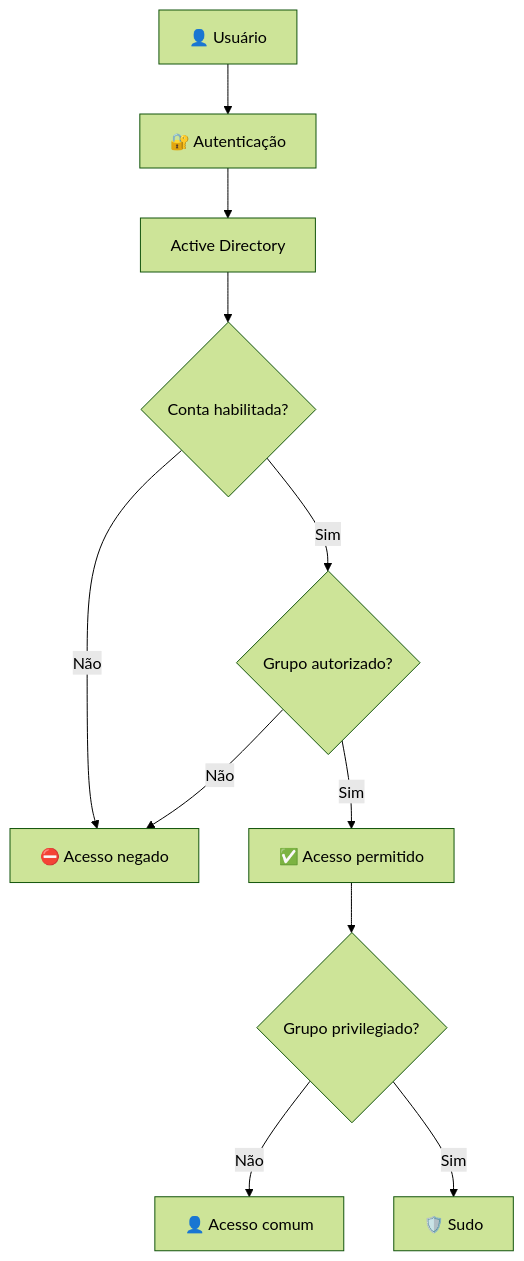
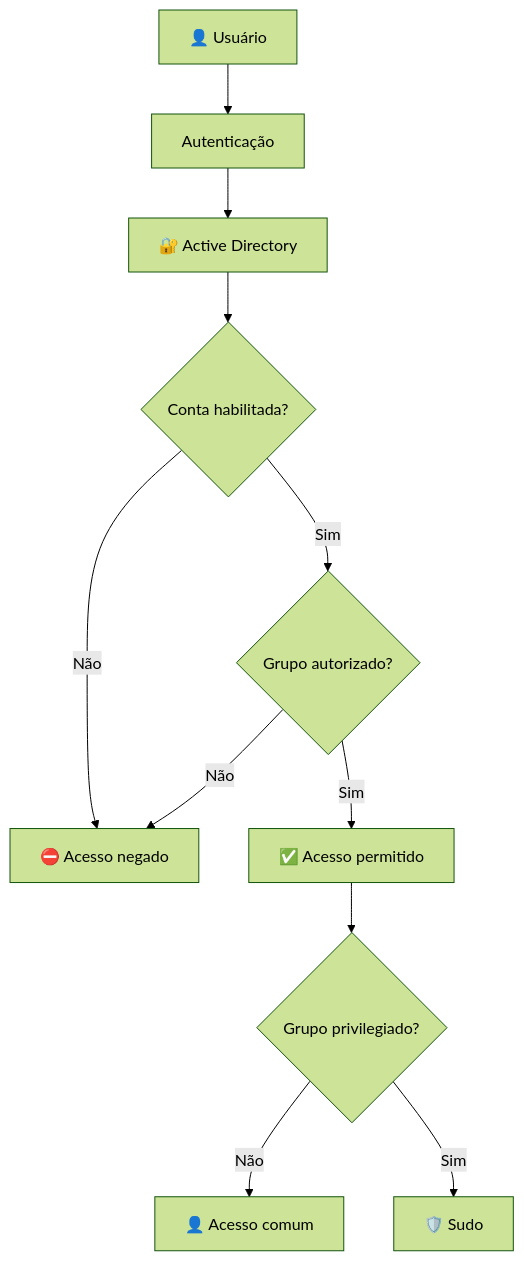
One commit to IsadoraVanderlan/active-directory-linux-integration-lab changed diagram 13 of 13 in README.md. Above: the diagram before and after it, drawn with Mermaid (forest theme). The commit also changed other lines of this file, not shown here.

````diff
--- a/README.md
+++ b/README.md
@@ -674,28 +757,18 @@
 ```mermaid
 flowchart TD
-    USER["👤 Usuário"]
-    AUTH["🔐 Autenticação"]
-    AD["Active Directory"]
-    ENABLED{"Conta habilitada?"}
-    GROUP{"Grupo autorizado?"}
-    ACCESS["✅ Acesso permitido"]
-    DENY["⛔ Acesso negado"]
-    PRIV{"Grupo privilegiado?"}
-    COMMON["👤 Acesso comum"]
-    SUDO["🛡️ Sudo"]
+    USER["👤 Usuário"] --> AUTH["Autenticação"]
+    AUTH --> AD["🔐 Active Directory"]
 
-    USER --> AUTH
-    AUTH --> AD
-    AD --> ENABLED
+    AD --> ENABLED{"Conta habilitada?"}
 
-    ENABLED -->|Não| DENY
-    ENABLED -->|Sim| GROUP
+    ENABLED -->|Não| DENY["⛔ Acesso negado"]
+    ENABLED -->|Sim| GROUP{"Grupo autorizado?"}
 
     GROUP -->|Não| DENY
-    GROUP -->|Sim| ACCESS
+    GROUP -->|Sim| ACCESS["✅ Acesso permitido"]
 
-    ACCESS --> PRIV
+    ACCESS --> PRIV{"Grupo privilegiado?"}
 
-    PRIV -->|Não| COMMON
-    PRIV -->|Sim| SUDO
+    PRIV -->|Não| COMMON["👤 Acesso comum"]
+    PRIV -->|Sim| SUDO["🛡️ Sudo"]
 ```
````
